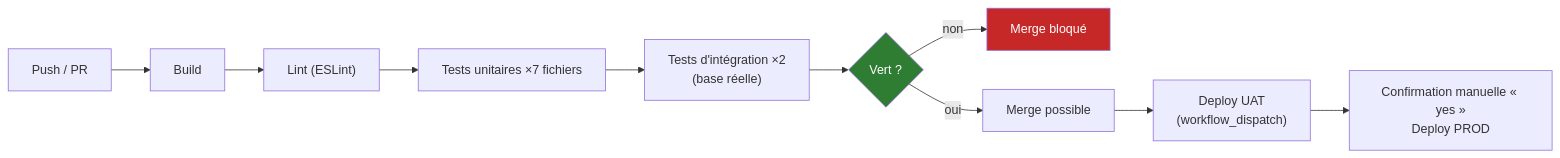
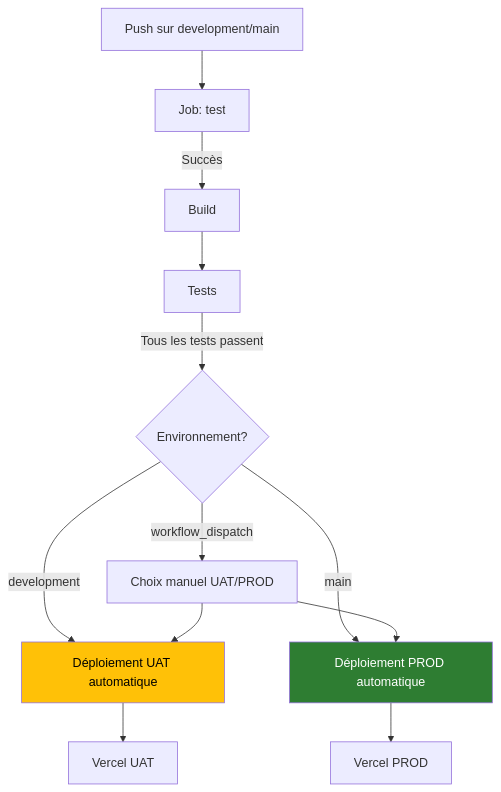
The ninth of 9 diagrams in documents/dossiers/dossierProjet/dossierProjetRNCP.md (Mamoru-fr/AMT-Express), drawn with Mermaid before and after one commit. The commit also changed other lines of this file and 7 other files, not shown here.

````diff
--- a/documents/dossiers/dossierProjet/dossierProjetRNCP.md
+++ b/documents/dossiers/dossierProjet/dossierProjetRNCP.md
@@ -1063,8 +1647,16 @@
 ```mermaid
-flowchart LR
-    P[Push / PR] --> B["Build"] --> L["Lint (ESLint)"] --> T1["Tests unitaires ×7 fichiers"] --> T2["Tests d'intégration ×2<br/>(base réelle)"] --> G{Vert ?}
-    G -- non --> X["Merge bloqué"]
-    G -- oui --> M["Merge possible"] --> D1["Deploy UAT<br/>(workflow_dispatch)"] --> D2["Confirmation manuelle « yes »<br/>Deploy PROD"]
-    style X fill:#c62828,color:#fff
-    style G fill:#2e7d32,color:#fff
+flowchart TD
+    A[Push sur development/main] --> B[Job: test]
+    B -->|Succès| C[Build]
+    C --> D[Tests]
+    D -->|Tous les tests passent| E{Environnement?}
+    E -->|development| F[Déploiement UAT automatique]
+    E -->|main| G[Déploiement PROD automatique]
+    E -->|workflow_dispatch| H[Choix manuel UAT/PROD]
+    H --> F
+    H --> G
+    F --> I[Vercel UAT]
+    G --> J[Vercel PROD]
+    style F fill:#FFC107,color:#000
+    style G fill:#2E7D32,color:#fff
 ```
````
